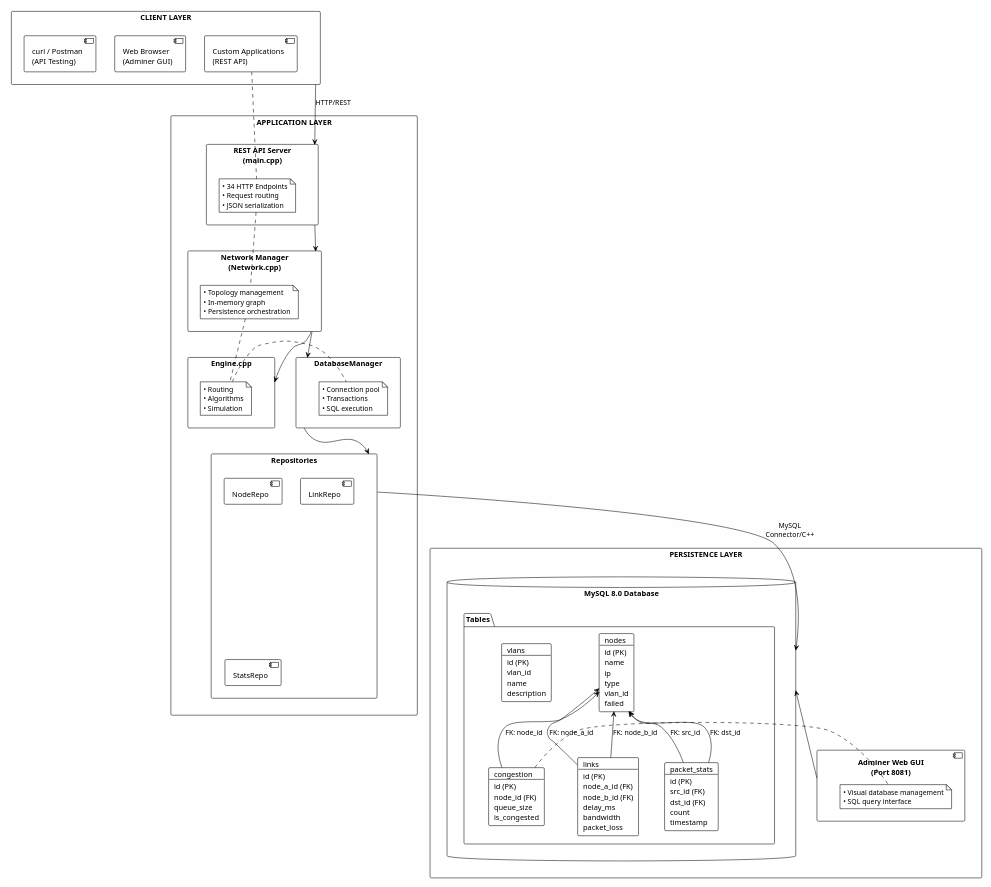
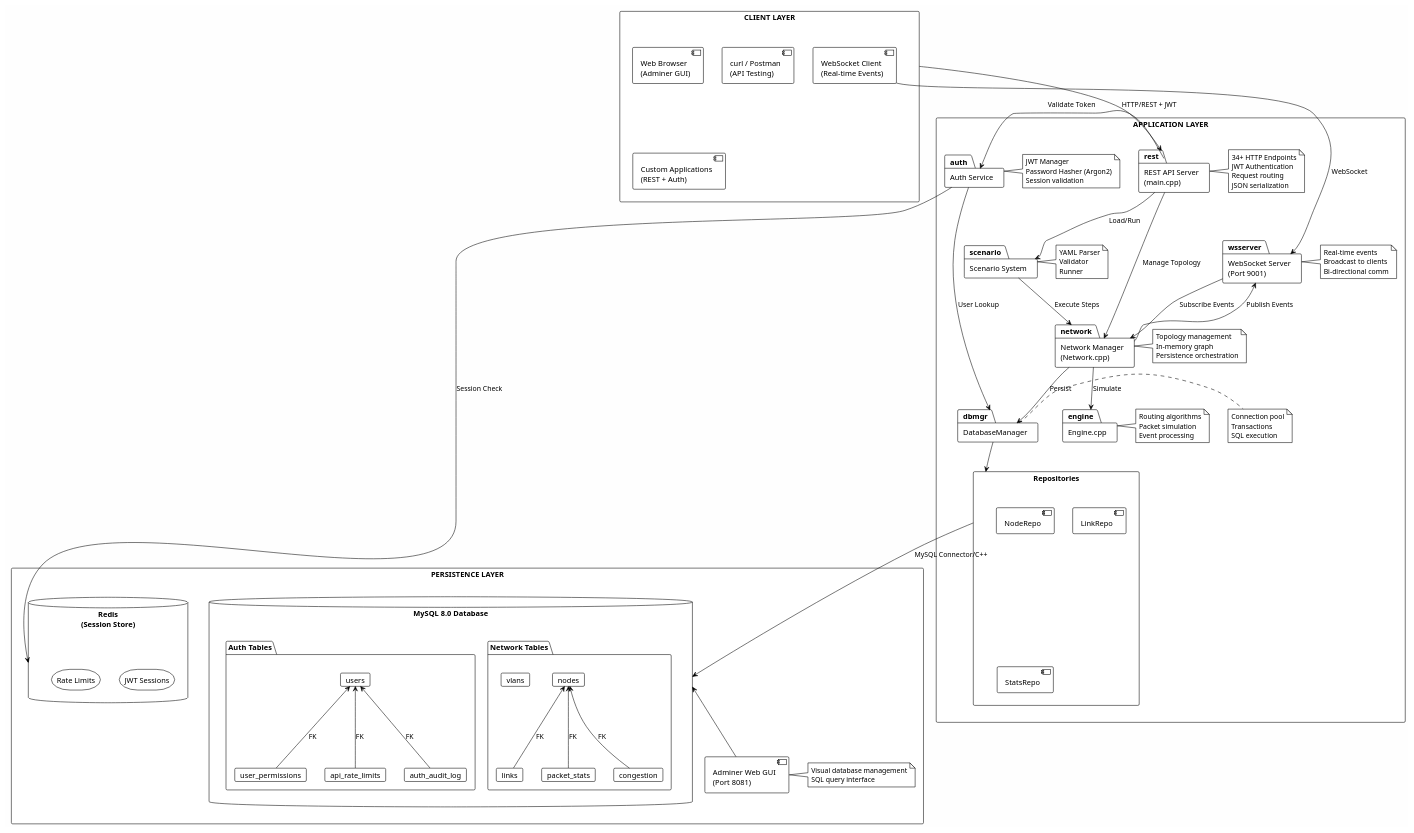
One commit to UmarlyPoeta/inzynieria_oprogramowania changed the diagram in docs/system_overview.puml. Above: the diagram before and after it, drawn with PlantUML. The commit also changed 17 other files, not shown here.

First line of the commit message:
Add detailed UML diagrams for authentication flow, production deployment, scenario system, and WebSocket communication

```diff
--- a/docs/system_overview.puml
+++ b/docs/system_overview.puml
@@ -1,87 +1,127 @@
 @startuml system_overview
 !theme plain
 skinparam backgroundColor #FEFEFE
 skinparam packageStyle rectangle
 
 package "CLIENT LAYER" as client {
   component "Web Browser\n(Adminer GUI)" as browser
+  component "WebSocket Client\n(Real-time Events)" as wsclient
   component "curl / Postman\n(API Testing)" as curl
-  component "Custom Applications\n(REST API)" as apps
+  component "Custom Applications\n(REST + Auth)" as apps
 }
 
 package "APPLICATION LAYER" as app {
-  package "REST API Server\n(main.cpp)" as rest {
-    note right
-      • 34 HTTP Endpoints
-      • Request routing
-      • JSON serialization
-    end note
-  }
+  package "REST API Server\n(main.cpp)" as rest
+  note right of rest
+    34+ HTTP Endpoints
+    JWT Authentication
+    Request routing
+    JSON serialization
+  end note
   
-  package "Network Manager\n(Network.cpp)" as network {
-    note right
-      • Topology management
-      • In-memory graph
-      • Persistence orchestration
-    end note
-  }
+  package "WebSocket Server\n(Port 9001)" as wsserver
+  note right of wsserver
+    Real-time events
+    Broadcast to clients
+    Bi-directional comm
+  end note
   
-  package "Engine.cpp" as engine {
-    note right
-      • Routing
-      • Algorithms
-      • Simulation
-    end note
-  }
+  package "Auth Service" as auth
+  note right of auth
+    JWT Manager
+    Password Hasher (Argon2)
+    Session validation
+  end note
   
-  package "DatabaseManager" as dbmgr {
-    note right
-      • Connection pool
-      • Transactions
-      • SQL execution
-    end note
-  }
+  package "Scenario System" as scenario
+  note right of scenario
+    YAML Parser
+    Validator
+    Runner
+  end note
+  
+  package "Network Manager\n(Network.cpp)" as network
+  note right of network
+    Topology management
+    In-memory graph
+    Persistence orchestration
+  end note
+  
+  package "Engine.cpp" as engine
+  note right of engine
+    Routing algorithms
+    Packet simulation
+    Event processing
+  end note
+  
+  package "DatabaseManager" as dbmgr
+  note right of dbmgr
+    Connection pool
+    Transactions
+    SQL execution
+  end note
   
   package "Repositories" as repos {
     component "NodeRepo" as noderepo
     component "LinkRepo" as linkrepo
     component "StatsRepo" as statsrepo
   }
 }
 
 package "PERSISTENCE LAYER" as persist {
   database "MySQL 8.0 Database" as mysql {
-    folder "Tables" {
-      card "nodes\n----\nid (PK)\nname\nip\ntype\nvlan_id\nfailed" as nodes
-      card "links\n----\nid (PK)\nnode_a_id (FK)\nnode_b_id (FK)\ndelay_ms\nbandwidth\npacket_loss" as links
-      card "packet_stats\n----\nid (PK)\nsrc_id (FK)\ndst_id (FK)\ncount\ntimestamp" as stats
-      card "vlans\n----\nid (PK)\nvlan_id\nname\ndescription" as vlans
-      card "congestion\n----\nid (PK)\nnode_id (FK)\nqueue_size\nis_congested" as congestion
+    folder "Network Tables" {
+      card "nodes" as nodes
+      card "links" as links
+      card "packet_stats" as stats
+      card "vlans" as vlans
+      card "congestion" as congestion
+    }
+    folder "Auth Tables" {
+      card "users" as users
+      card "user_permissions" as perms
+      card "api_rate_limits" as limits
+      card "auth_audit_log" as audit
     }
   }
   
-  component "Adminer Web GUI\n(Port 8081)" as adminer {
-    note right
-      • Visual database management
-      • SQL query interface
-    end note
+  database "Redis\n(Session Store)" as redis {
+    storage "JWT Sessions" as sessions
+    storage "Rate Limits" as ratelimits
   }
+  
+  component "Adminer Web GUI\n(Port 8081)" as adminer
+  note right of adminer
+    Visual database management
+    SQL query interface
+  end note
 }
 
-' Connections
-client -down-> rest : HTTP/REST
-rest -down-> network
-network -down-> engine
-network -down-> dbmgr
+' Connections - Client Layer
+client -down-> rest : HTTP/REST + JWT
+wsclient -down-> wsserver : WebSocket
+rest -right-> auth : Validate Token
+
+' Application Layer
+rest -down-> scenario : Load/Run
+rest -down-> network : Manage Topology
+scenario -down-> network : Execute Steps
+network -down-> engine : Simulate
+network -down-> dbmgr : Persist
+auth -down-> dbmgr : User Lookup
+auth -down-> redis : Session Check
 dbmgr -down-> repos
-repos -down-> mysql : MySQL\nConnector/C++
+repos -down-> mysql : MySQL Connector/C++
+wsserver -down-> network : Subscribe Events
+network -up-> wsserver : Publish Events
 adminer -up-> mysql
 
-' Relationships
-links -up-> nodes : FK: node_a_id
-links -up-> nodes : FK: node_b_id
-stats -up-> nodes : FK: src_id
-stats -up-> nodes : FK: dst_id
-congestion -up-> nodes : FK: node_id
+' Database relationships
+links -up-> nodes : FK
+stats -up-> nodes : FK
+congestion -up-> nodes : FK
+perms -up-> users : FK
+limits -up-> users : FK
+audit -up-> users : FK
 
 @enduml
```
